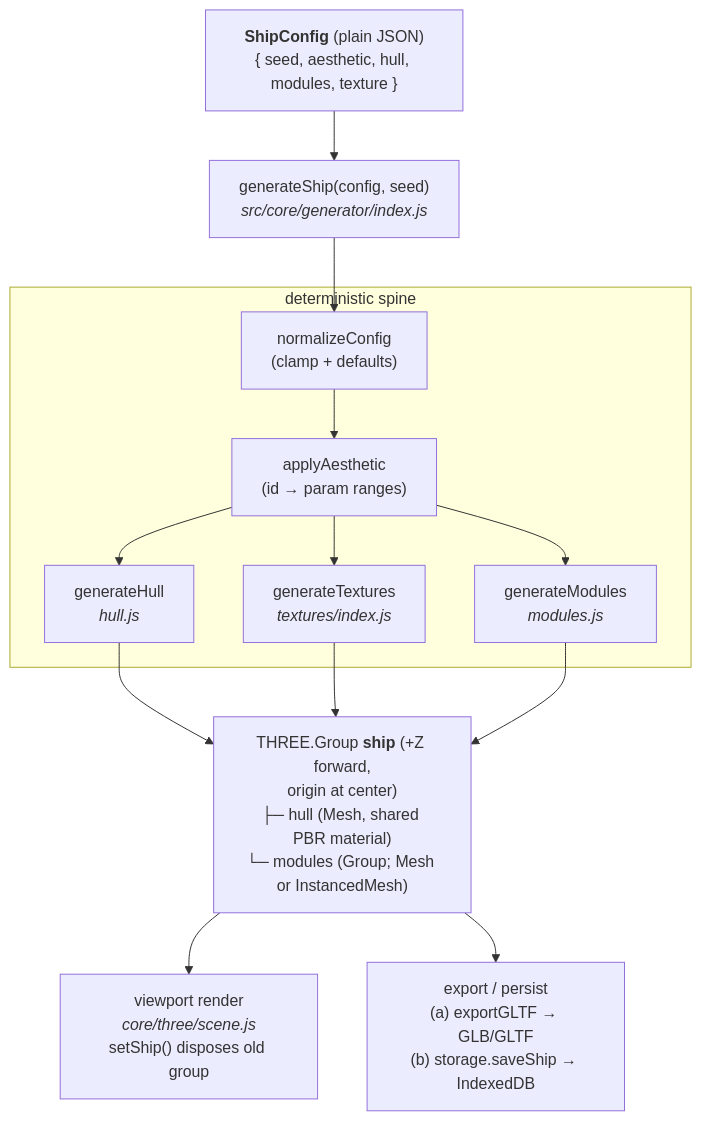
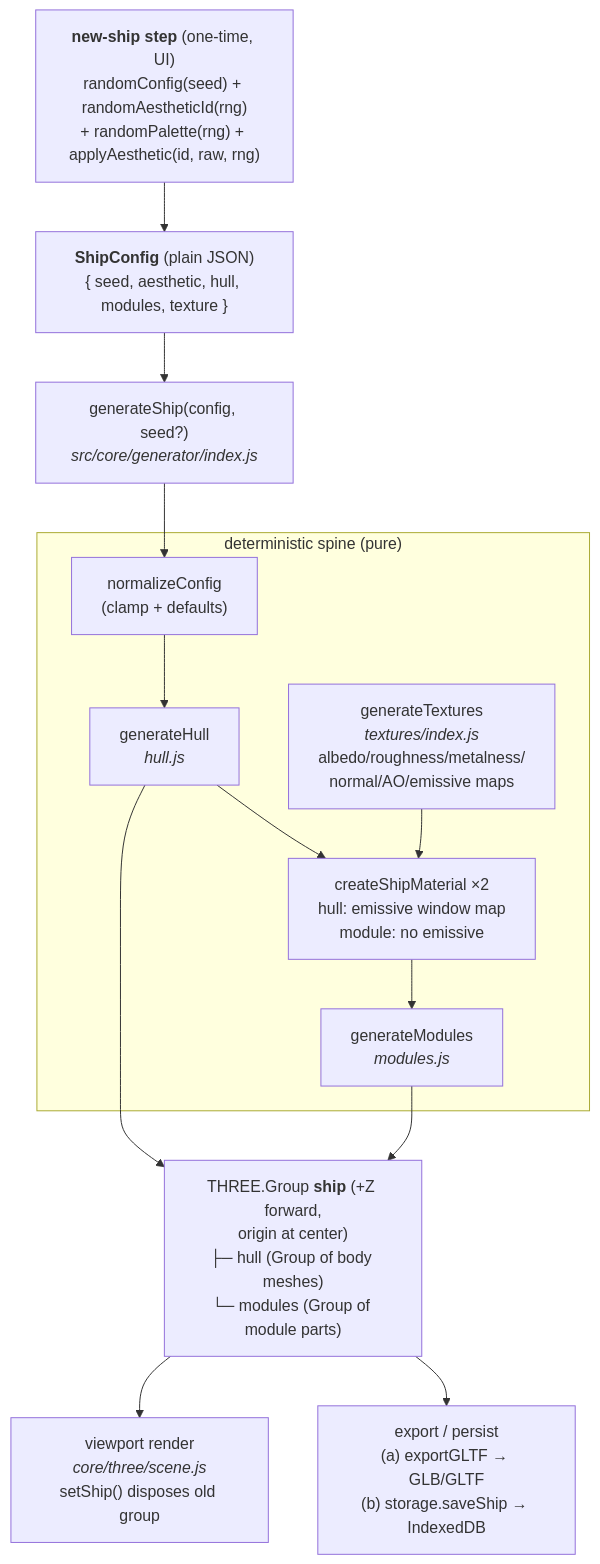
The first of 2 diagrams in README.md (handshape/ship-foundry), drawn with Mermaid before and after one commit. The commit also changed other lines of this file and 1 other file, not shown here.

Commit message:
docs: sync ARCHITECTURE.md and README with current generator state

````diff
--- a/README.md
+++ b/README.md
@@ -59,30 +71,31 @@
 ```mermaid
 flowchart TD
+    NEW["<b>new-ship step</b> (one-time, UI)<br/>randomConfig(seed) + randomAestheticId(rng)<br/>+ randomPalette(rng) + applyAesthetic(id, raw, rng)"]
     CFG["<b>ShipConfig</b> (plain JSON)<br/>{ seed, aesthetic, hull, modules, texture }"]
-    SPINE["generateShip(config, seed)<br/><i>src/core/generator/index.js</i>"]
+    SPINE["generateShip(config, seed?)<br/><i>src/core/generator/index.js</i>"]
 
-    subgraph BUILD ["deterministic spine"]
+    subgraph BUILD ["deterministic spine (pure)"]
         NORM["normalizeConfig<br/>(clamp + defaults)"]
-        AESTH["applyAesthetic<br/>(id → param ranges)"]
         HULL["generateHull<br/><i>hull.js</i>"]
-        TEX["generateTextures<br/><i>textures/index.js</i>"]
+        TEX["generateTextures<br/><i>textures/index.js</i><br/>albedo/roughness/metalness/<br/>normal/AO/emissive maps"]
+        MAT["createShipMaterial ×2<br/>hull: emissive window map<br/>module: no emissive"]
         MODS["generateModules<br/><i>modules.js</i>"]
     end
 
-    SCENE["THREE.Group <b>ship</b> (+Z forward,<br/>origin at center)<br/>├─ hull (Mesh, shared PBR material)<br/>└─ modules (Group; Mesh or InstancedMesh)"]
+    SCENE["THREE.Group <b>ship</b> (+Z forward,<br/>origin at center)<br/>├─ hull (Group of body meshes)<br/>└─ modules (Group of module parts)"]
 
     VP["viewport render<br/><i>core/three/scene.js</i><br/>setShip() disposes old group"]
     EXPORT["export / persist<br/>(a) exportGLTF → GLB/GLTF<br/>(b) storage.saveShip → IndexedDB"]
 
+    NEW --> CFG
     CFG --> SPINE
     SPINE --> NORM
-    NORM --> AESTH
-    AESTH --> HULL
-    AESTH --> TEX
-    AESTH --> MODS
+    NORM --> HULL
+    HULL --> MAT
+    TEX --> MAT
+    MAT --> MODS
     HULL --> SCENE
-    TEX --> SCENE
     MODS --> SCENE
     SCENE --> VP
     SCENE --> EXPORT
 ```
````
